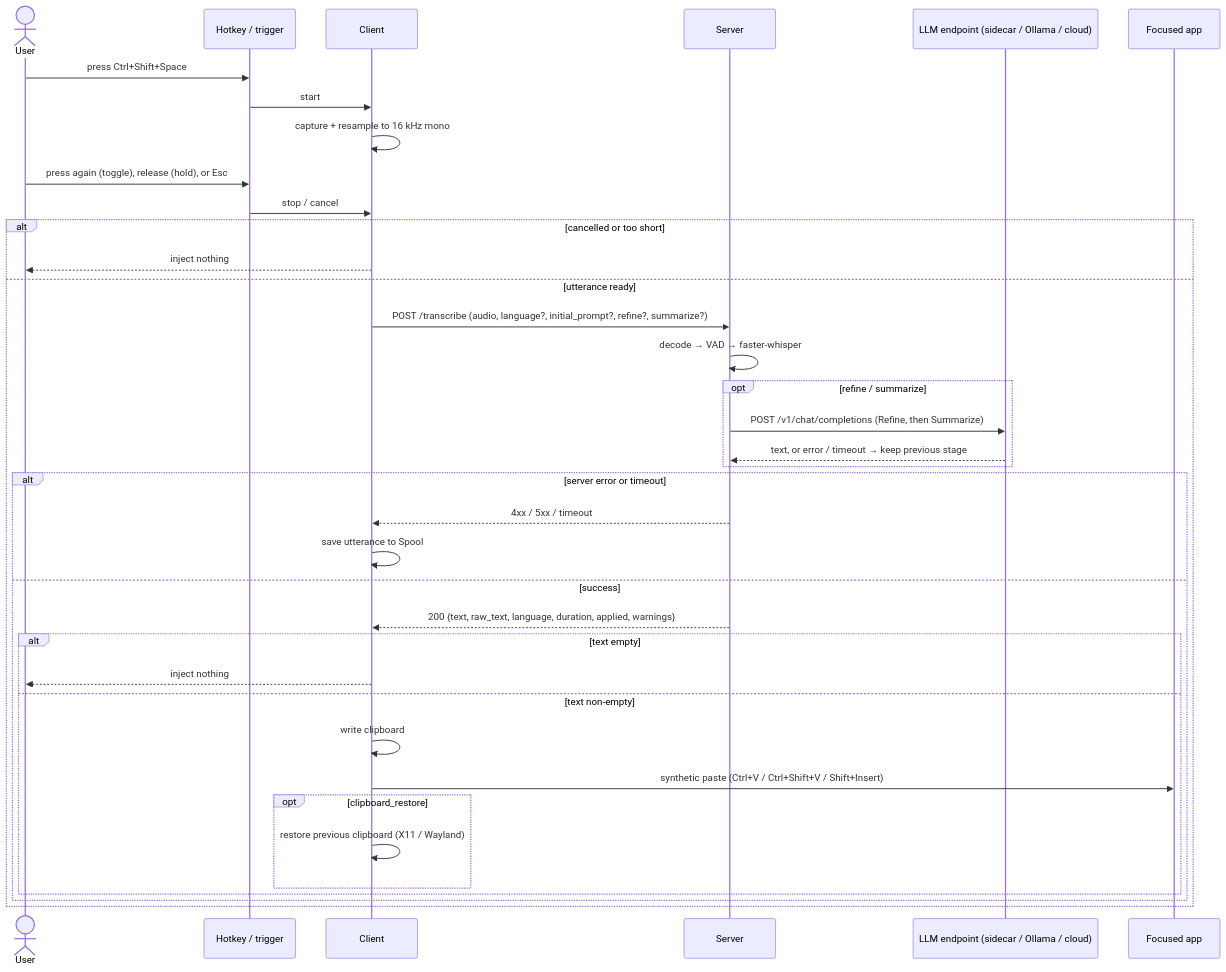
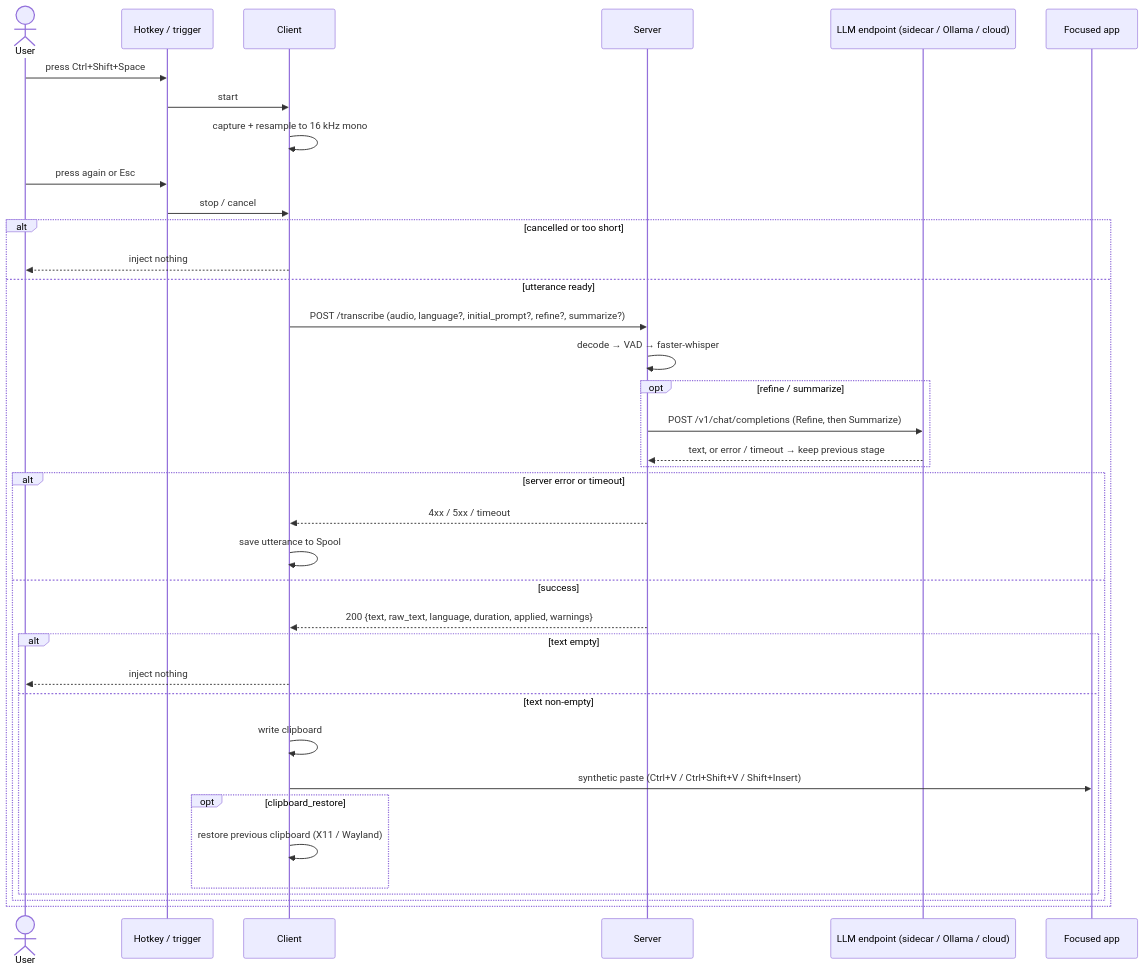
The second of 2 diagrams in README.md (FoxRed-cmd/kitsune-whisper), drawn with Mermaid before and after one commit. The commit also changed other lines of this file and 281 other files, not shown here.

````diff
--- a/README.md
+++ b/README.md
@@ -102,41 +106,41 @@
 ```mermaid
 sequenceDiagram
     actor User
     participant T as Hotkey / trigger
     participant C as Client
     participant S as Server
     participant L as LLM endpoint (sidecar / Ollama / cloud)
     participant App as Focused app
 
     User->>T: press Ctrl+Shift+Space
     T->>C: start
     C->>C: capture + resample to 16 kHz mono
-    User->>T: press again (toggle), release (hold), or Esc
+    User->>T: press again or Esc
     T->>C: stop / cancel
 
     alt cancelled or too short
         C-->>User: inject nothing
     else utterance ready
         C->>S: POST /transcribe (audio, language?, initial_prompt?, refine?, summarize?)
         S->>S: decode → VAD → faster-whisper
         opt refine / summarize
             S->>L: POST /v1/chat/completions (Refine, then Summarize)
             L-->>S: text, or error / timeout → keep previous stage
         end
         alt server error or timeout
             S-->>C: 4xx / 5xx / timeout
             C->>C: save utterance to Spool
         else success
             S-->>C: 200 {text, raw_text, language, duration, applied, warnings}
             alt text empty
                 C-->>User: inject nothing
             else text non-empty
                 C->>C: write clipboard
                 C->>App: synthetic paste (Ctrl+V / Ctrl+Shift+V / Shift+Insert)
                 opt clipboard_restore
                     C->>C: restore previous clipboard (X11 / Wayland)
                 end
             end
         end
     end
 ```
````
